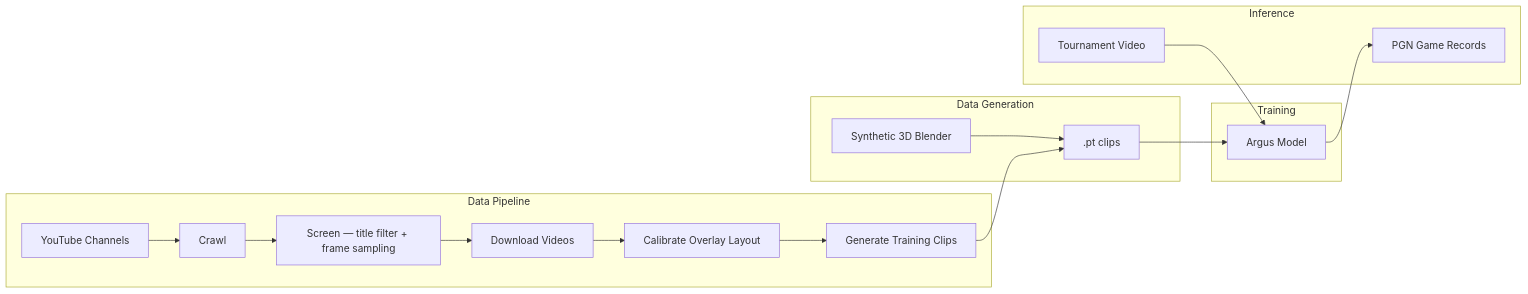
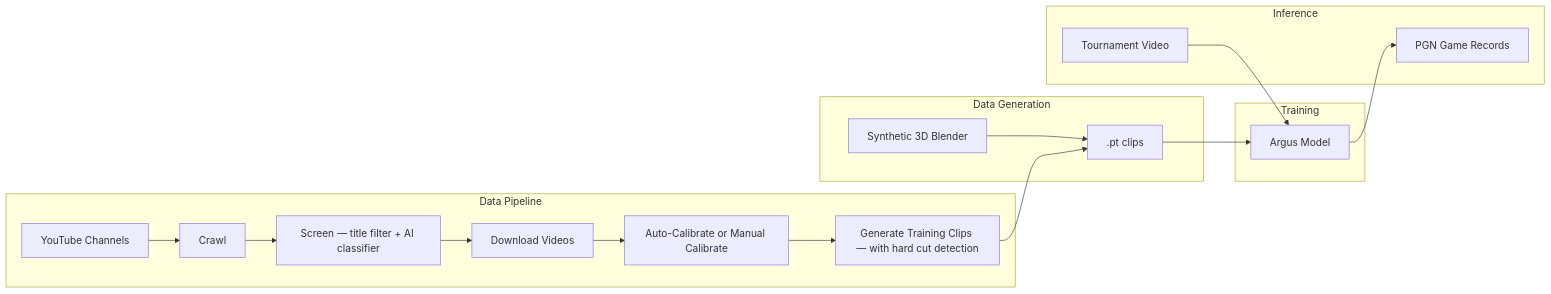
The second of 8 diagrams in README.md (dscape/argus), drawn with Mermaid before and after one commit. The commit also changed other lines of this file and 33 other files, not shown here.

````diff
--- a/README.md
+++ b/README.md
@@ -54,24 +54,24 @@
 ```mermaid
 graph LR
     subgraph "Data Pipeline"
         A[YouTube Channels] --> B[Crawl]
-        B --> C[Screen — title filter + frame sampling]
+        B --> C[Screen — title filter + AI classifier]
         C --> D[Download Videos]
-        D --> E[Calibrate Overlay Layout]
-        E --> F[Generate Training Clips]
+        D --> E[Auto-Calibrate or Manual Calibrate]
+        E --> F[Generate Training Clips — with hard cut detection]
     end
 
     subgraph "Data Generation"
         SYN[Synthetic 3D Blender] --> CLIPS[".pt clips"]
         F --> CLIPS
     end
 
     subgraph "Training"
         CLIPS --> MODEL[Argus Model]
     end
 
     subgraph "Inference"
         VID[Tournament Video] --> MODEL
         MODEL --> PGN[PGN Game Records]
     end
 ```
````
